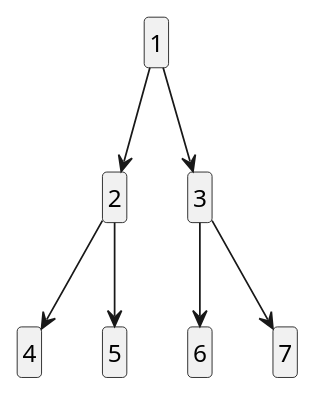
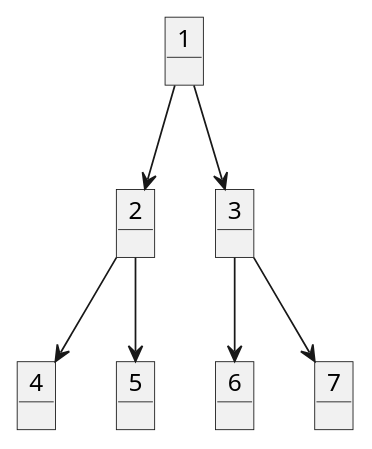
Before and after one commit to mmasias/EDA1: the diagram in modelosUML/arboles/arboles002.puml, drawn with PlantUML. The commit also changed 27 other files, not shown here.

```diff
--- a/modelosUML/arboles/arboles002.puml
+++ b/modelosUML/arboles/arboles002.puml
@@ -1,11 +1,14 @@
-hide class circle
-hide empty members
-
-class 1
+object 1
+object 2
+object 3
+object 4
+object 5
+object 6
+object 7
 
 1 -d-> 2
 1 -d-> 3
 2 -d-> 4
 2 -d-> 5
 3 -d-> 6
 3 -d-> 7
```
